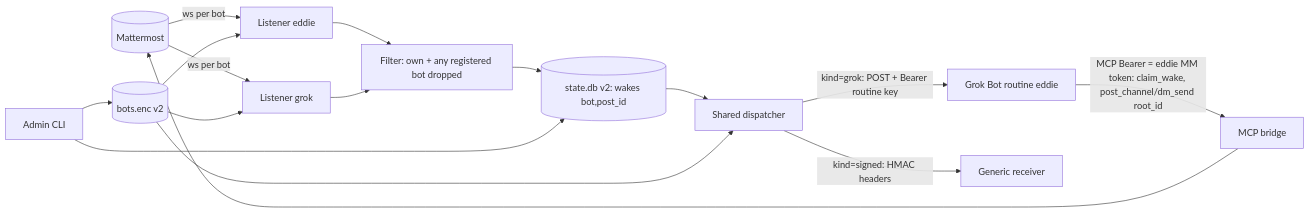
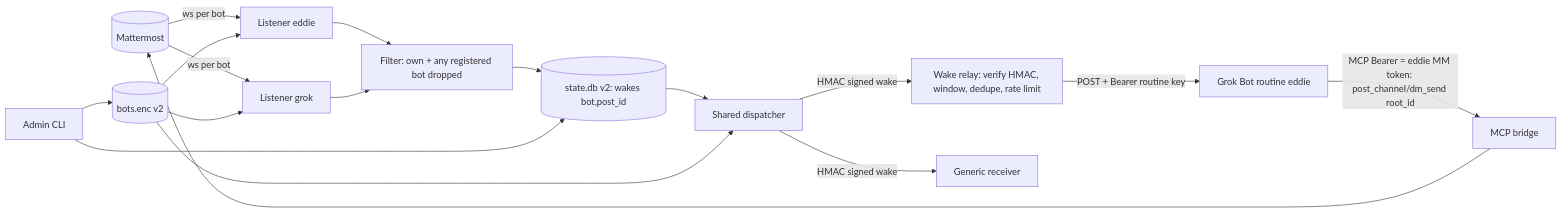
One commit to rowama/mmbridge changed the first of 2 diagrams in docs/architecture/2026-10-28-grok-webhook-multibot.md. Above: the diagram before and after it, drawn with Mermaid. The commit also changed other lines of this file and 8 other files, not shown here.

Commit message:
docs(architecture): revise increment B - HMAC wakes + HMAC->Bearer relay (ADR-0011), reject claim_wake (ADR-0012); CP-B pending

````diff
--- a/docs/architecture/2026-10-28-grok-webhook-multibot.md
+++ b/docs/architecture/2026-10-28-grok-webhook-multibot.md
@@ -31,13 +35,14 @@
 ```mermaid
 flowchart LR
   MM[(Mattermost)] -- ws per bot --> L1[Listener eddie]
   MM -- ws per bot --> L2[Listener grok]
   L1 & L2 --> F[Filter: own + any registered bot dropped]
   F --> S[(state.db v2: wakes bot,post_id)]
   S --> D[Shared dispatcher]
-  D -- kind=grok: POST + Bearer routine key --> G1[Grok Bot routine eddie]
-  D -- kind=signed: HMAC headers --> R[Generic receiver]
-  G1 -- MCP Bearer = eddie MM token: claim_wake, post_channel/dm_send root_id --> B[MCP bridge] --> MM
+  D -- HMAC signed wake --> RL[Wake relay: verify HMAC, window, dedupe, rate limit]
+  D -- HMAC signed wake --> R[Generic receiver]
+  RL -- POST + Bearer routine key --> G1[Grok Bot routine eddie]
+  G1 -- MCP Bearer = eddie MM token: post_channel/dm_send root_id --> B[MCP bridge] --> MM
   K[(bots.enc v2)] --> L1 & L2 & D
   A[Admin CLI] --> K & S
 ```
````
